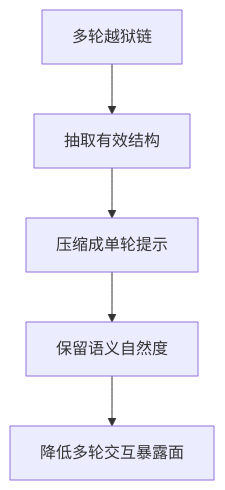
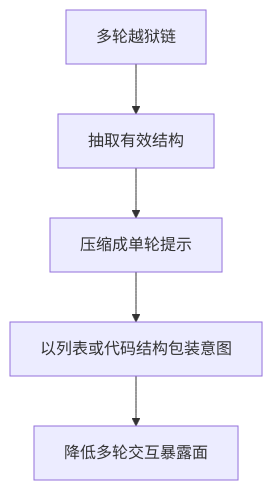
The fourth of 8 diagrams in 05_jailbreak/5.6_automated_jailbreak_methods.md (yeasy/ai_security_guide), drawn with Mermaid before and after one commit. The commit also changed other lines of this file and 54 other files, not shown here.

````diff
--- a/05_jailbreak/5.6_automated_jailbreak_methods.md
+++ b/05_jailbreak/5.6_automated_jailbreak_methods.md
@@ -163,7 +165,7 @@
 ```mermaid
 graph TD
     A["多轮越狱链"] --> B["抽取有效结构"]
     B --> C["压缩成单轮提示"]
-    C --> D["保留语义自然度"]
+    C --> D["以列表或代码结构包装意图"]
     D --> E["降低多轮交互暴露面"]
 ```
````
